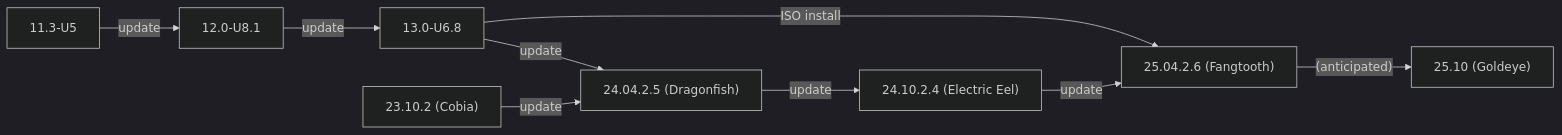
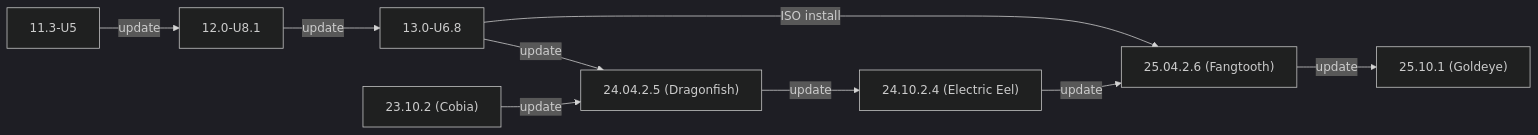
Before and after one commit to truenas/documentation: the second of 2 diagrams in static/includes/SCALEUpgradePaths.md, drawn with Mermaid (dark theme).

```diff
--- a/static/includes/SCALEUpgradePaths.md
+++ b/static/includes/SCALEUpgradePaths.md
@@ -239,12 +239,12 @@
             {{< mermaid class="mermaid_sizing" >}}
             flowchart LR
               A["11.3-U5"] -->|update| B
               B["12.0-U8.1"] -->|update| C
               C["13.0-U6.8"] -->|ISO install| G
               C -->|update| E
               D["23.10.2 (Cobia)"] -->|update| E
               E["24.04.2.5 (Dragonfish)"]  -->|update| F
               F["24.10.2.4 (Electric Eel)"] -->|update| G
-              G["25.04.2.6 (Fangtooth)"] -->|"(anticipated)"| H
-              H["25.10 (Goldeye)"]
+              G["25.04.2.6 (Fangtooth)"] -->|update| H
+              H["25.10.1 (Goldeye)"]
             {{< /mermaid >}}
```
